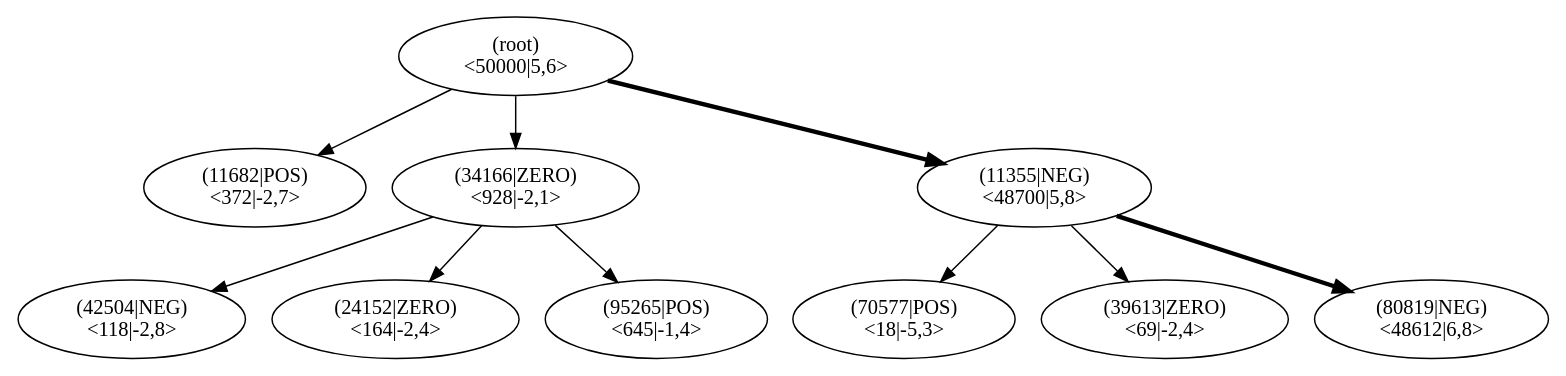
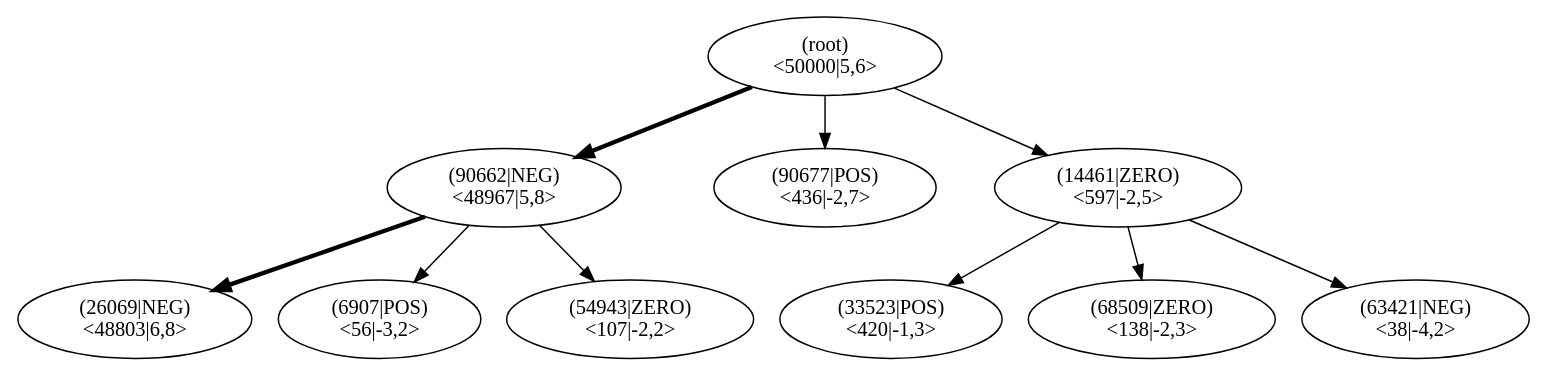
Before and after one commit to JonasHellgren/relexp-java: the diagram in pictures/ch13/lane_test_mcts.dot, drawn with Graphviz. The commit also changed 13 other files, not shown here.

```diff
--- a/pictures/ch13/lane_test_mcts.dot
+++ b/pictures/ch13/lane_test_mcts.dot
@@ -1,32 +1,32 @@
 digraph MCTS {
 node [shape=ellipse];
 Nroot [label="(root)
 <50000|5,6>"];
-Nroot -> N11682[penwidth=1];
-N11682 [label="(11682|POS)
-<372|-2,7>"];
-Nroot -> N34166[penwidth=1];
-N34166 [label="(34166|ZERO)
-<928|-2,1>"];
-N34166 -> N42504[penwidth=1];
-N42504 [label="(42504|NEG)
-<118|-2,8>"];
-N34166 -> N24152[penwidth=1];
-N24152 [label="(24152|ZERO)
-<164|-2,4>"];
-N34166 -> N95265[penwidth=1];
-N95265 [label="(95265|POS)
-<645|-1,4>"];
-Nroot -> N11355[penwidth=3];
-N11355 [label="(11355|NEG)
-<48700|5,8>"];
-N11355 -> N70577[penwidth=1];
-N70577 [label="(70577|POS)
-<18|-5,3>"];
-N11355 -> N39613[penwidth=1];
-N39613 [label="(39613|ZERO)
-<69|-2,4>"];
-N11355 -> N80819[penwidth=3];
-N80819 [label="(80819|NEG)
-<48612|6,8>"];
+Nroot -> N90662[penwidth=3];
+N90662 [label="(90662|NEG)
+<48967|5,8>"];
+N90662 -> N26069[penwidth=3];
+N26069 [label="(26069|NEG)
+<48803|6,8>"];
+N90662 -> N6907[penwidth=1];
+N6907 [label="(6907|POS)
+<56|-3,2>"];
+N90662 -> N54943[penwidth=1];
+N54943 [label="(54943|ZERO)
+<107|-2,2>"];
+Nroot -> N90677[penwidth=1];
+N90677 [label="(90677|POS)
+<436|-2,7>"];
+Nroot -> N14461[penwidth=1];
+N14461 [label="(14461|ZERO)
+<597|-2,5>"];
+N14461 -> N33523[penwidth=1];
+N33523 [label="(33523|POS)
+<420|-1,3>"];
+N14461 -> N68509[penwidth=1];
+N68509 [label="(68509|ZERO)
+<138|-2,3>"];
+N14461 -> N63421[penwidth=1];
+N63421 [label="(63421|NEG)
+<38|-4,2>"];
 }
```
